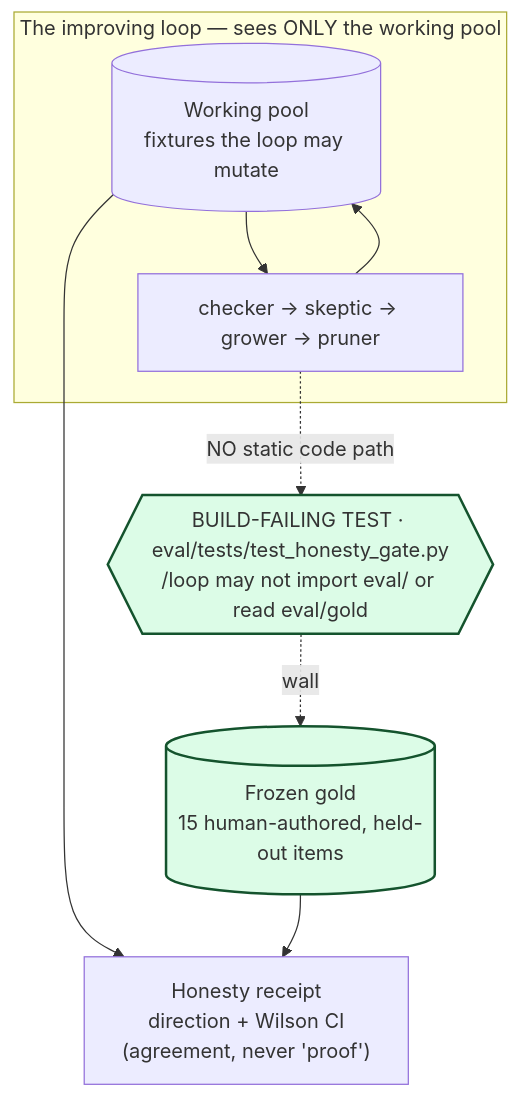
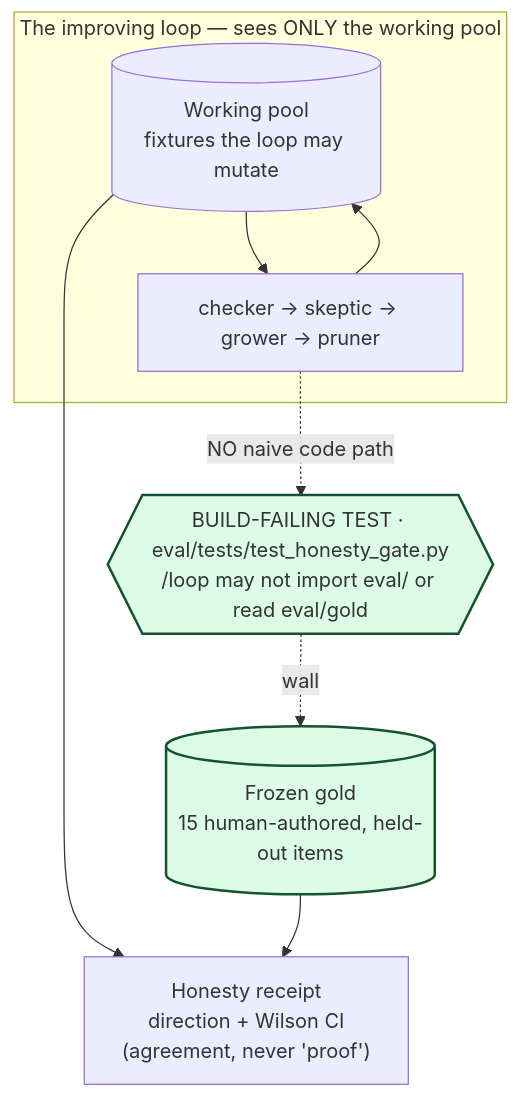
The second of 5 diagrams in DIAGRAM.md (enturesting/bonsai), drawn with Mermaid before and after one commit. The commit also changed other lines of this file and 1 other file, not shown here.

Commit message:
honesty: drop 'proves it stayed honest' (about) + 'static code path' (DIAGRAM)
Final-audit residuals: about-sub now "shows it stayed honest" (gold agrees,
never proves); DIAGRAM honesty-rail says "no naive code path" (the CI test is a
lint over naive references, not an unbreakable wall) to match the README.

````diff
--- a/DIAGRAM.md
+++ b/DIAGRAM.md
@@ -47,17 +47,17 @@
 ```mermaid
 flowchart TB
     subgraph IMP["The improving loop — sees ONLY the working pool"]
         wp[("Working pool<br/>fixtures the loop may mutate")]
         loop["checker → skeptic → grower → pruner"]
         wp --> loop --> wp
     end
     test{{"BUILD-FAILING TEST · eval/tests/test_honesty_gate.py<br/>/loop may not import eval/ or read eval/gold"}}
     gold[("Frozen gold<br/>15 human-authored, held-out items")]
     receipt["Honesty receipt<br/>direction + Wilson CI<br/>(agreement, never 'proof')"]
-    loop -. "NO static code path" .-> test
+    loop -. "NO naive code path" .-> test
     test -. "wall" .-> gold
     wp --> receipt
     gold --> receipt
     classDef moat stroke:#14532d,stroke-width:2px,fill:#dcfce7;
     class test,gold moat;
 ```
````
